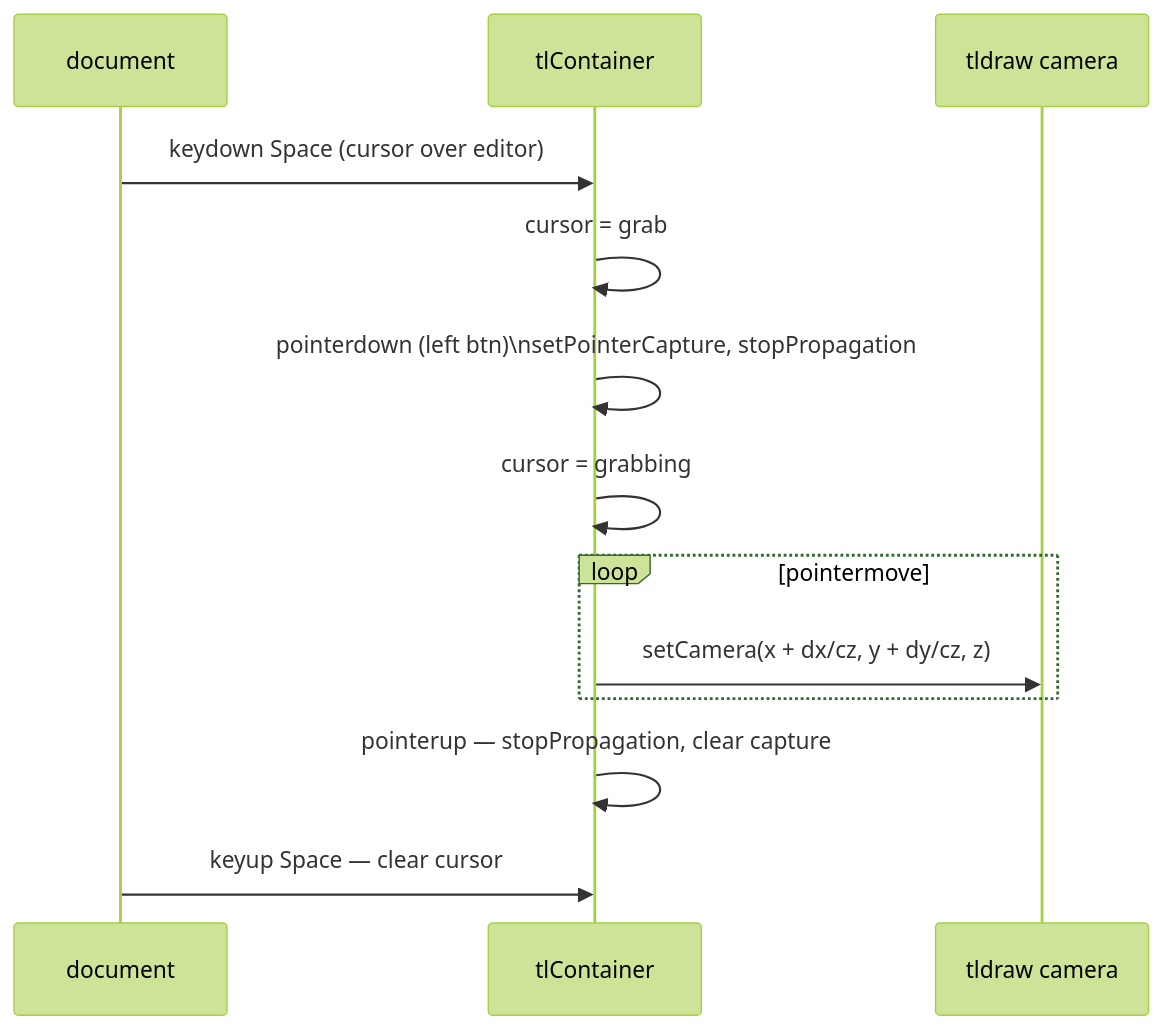
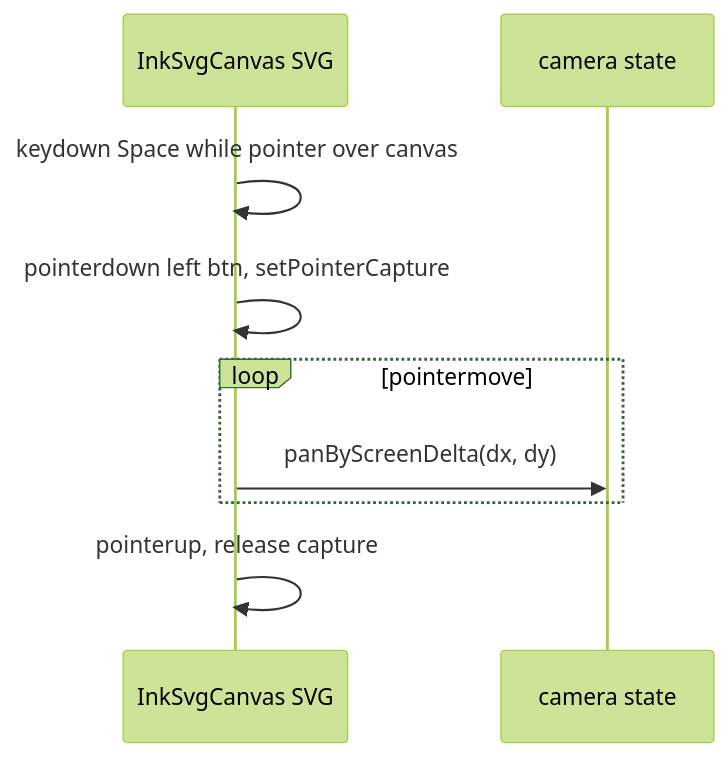
Before and after one commit to daledesilva/obsidian_ink: the second of 4 diagrams in docs/pan-zoom.md, drawn with Mermaid (forest theme). The commit also changed other lines of this file and 5 other files, not shown here.

````diff
--- a/docs/pan-zoom.md
+++ b/docs/pan-zoom.md
@@ -73,16 +94,12 @@
 ```mermaid
 sequenceDiagram
-    participant Doc as document
-    participant TL as tlContainer
-    participant Cam as tldraw camera
+    participant SVG as InkSvgCanvas SVG
+    participant Cam as camera state
 
-    Doc->>TL: keydown Space (cursor over editor)
-    TL->>TL: cursor = grab
-    TL->>TL: pointerdown (left btn)\nsetPointerCapture, stopPropagation
-    TL->>TL: cursor = grabbing
+    SVG->>SVG: keydown Space while pointer over canvas
+    SVG->>SVG: pointerdown left btn, setPointerCapture
     loop pointermove
-        TL->>Cam: setCamera(x + dx/cz, y + dy/cz, z)
+        SVG->>Cam: panByScreenDelta(dx, dy)
     end
-    TL->>TL: pointerup — stopPropagation, clear capture
-    Doc->>TL: keyup Space — clear cursor
+    SVG->>SVG: pointerup, release capture
 ```
````
